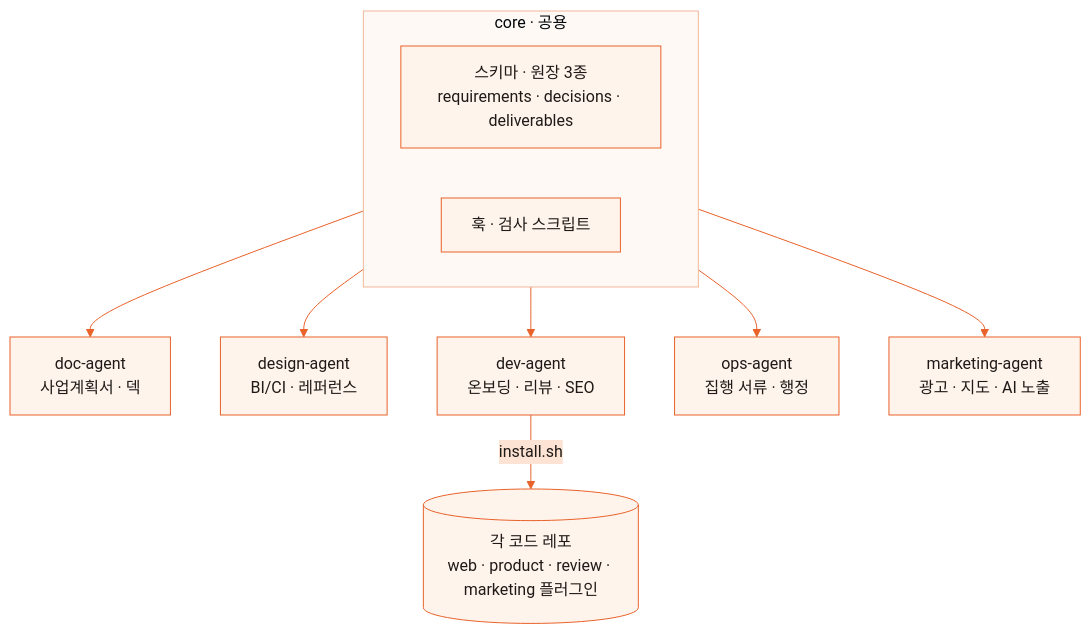
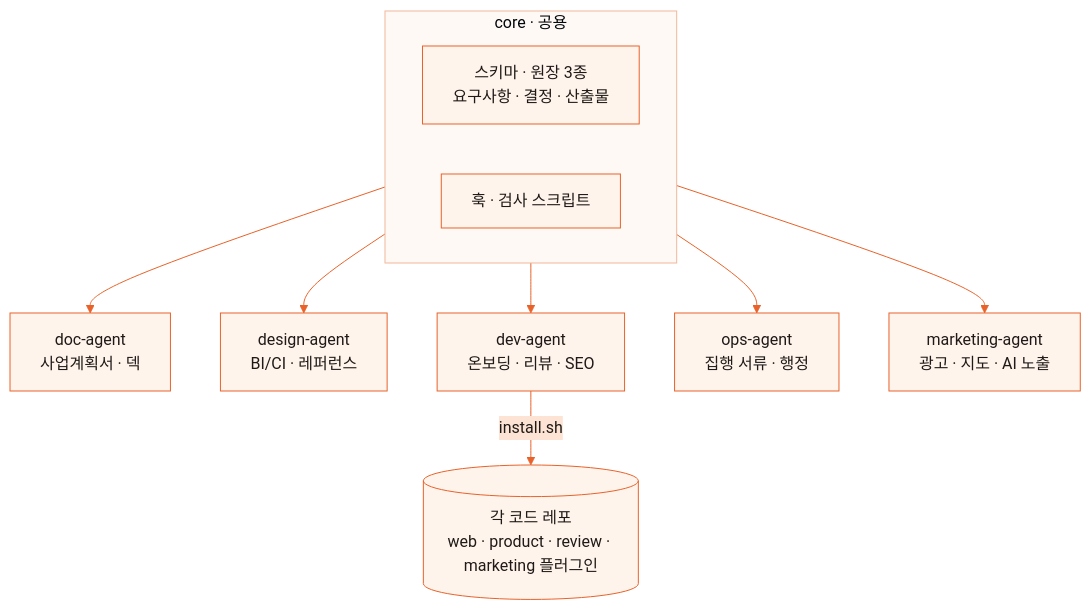
The diagram in README.md (TreeJin99/agent-harness), drawn with Mermaid before and after one commit.

Commit message:
하네스 구조도 렌더링 오류 수정

````diff
--- a/README.md
+++ b/README.md
@@ -23,14 +23,14 @@
 ```mermaid
 %%{init: {'theme':'base','themeVariables':{'primaryColor':'#FFF4EC','primaryBorderColor':'#E8622A','primaryTextColor':'#1F1A17','lineColor':'#E8622A','secondaryColor':'#FDE3D3','tertiaryColor':'#FFF9F5','clusterBkg':'#FFF9F5','clusterBorder':'#F0B79A','fontFamily':'Pretendard, sans-serif'}}}%%
 flowchart TB
-  subgraph core[core · 공용]
-    S[스키마 · 원장 3종<br/>requirements · decisions · deliverables]
+  subgraph C[core · 공용]
+    S[스키마 · 원장 3종<br/>요구사항 · 결정 · 산출물]
     H[훅 · 검사 스크립트]
   end
-  core --> DOC[doc-agent<br/>사업계획서 · 덱]
-  core --> DES[design-agent<br/>BI/CI · 레퍼런스]
-  core --> DEV[dev-agent<br/>온보딩 · 리뷰 · SEO]
-  core --> OPS[ops-agent<br/>집행 서류 · 행정]
-  core --> MKT[marketing-agent<br/>광고 · 지도 · AI 노출]
+  C --> DOC[doc-agent<br/>사업계획서 · 덱]
+  C --> DES[design-agent<br/>BI/CI · 레퍼런스]
+  C --> DEV[dev-agent<br/>온보딩 · 리뷰 · SEO]
+  C --> OPS[ops-agent<br/>집행 서류 · 행정]
+  C --> MKT[marketing-agent<br/>광고 · 지도 · AI 노출]
   DEV -->|install.sh| R[(각 코드 레포<br/>web · product · review · marketing 플러그인)]
 ```
````
